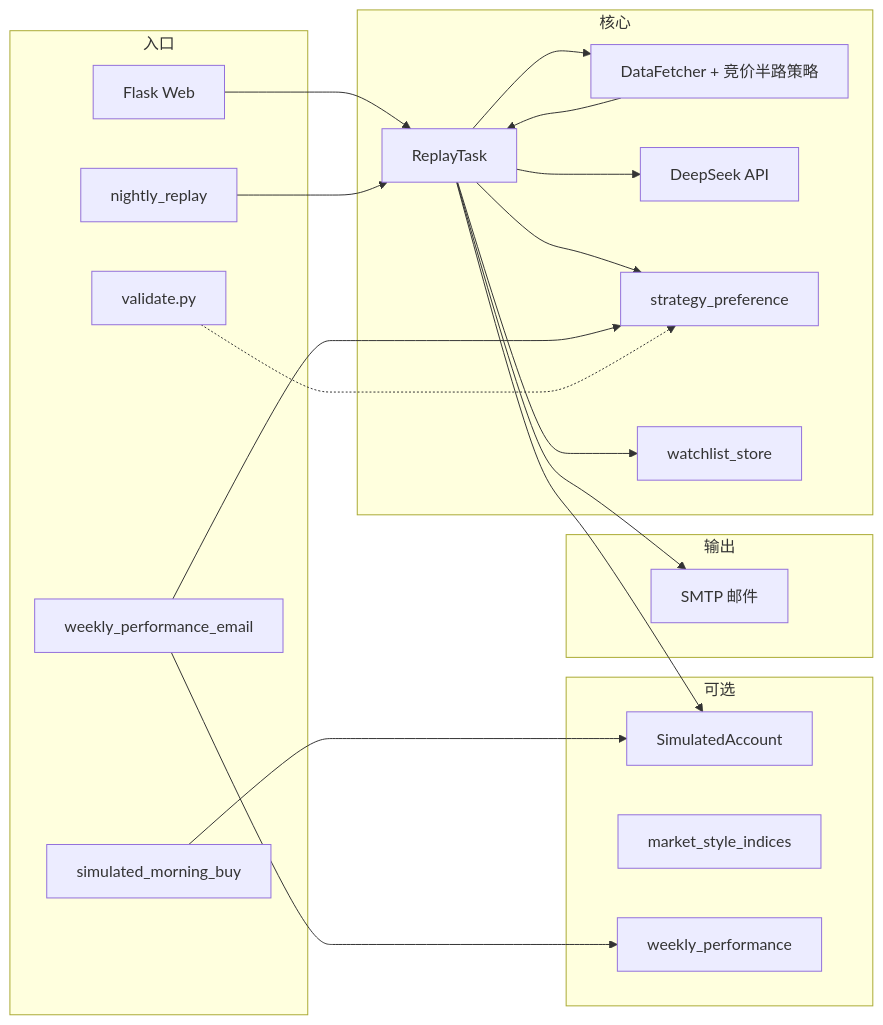
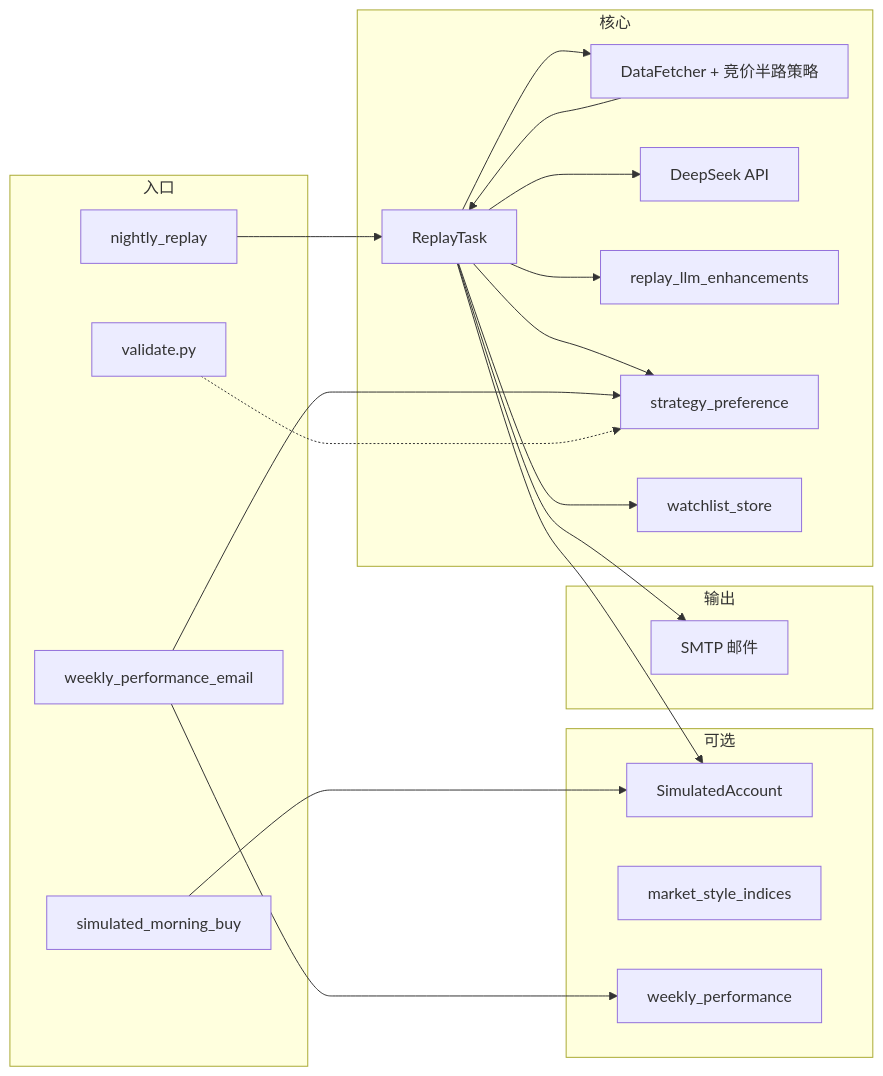
The diagram in ARCHITECTURE.md (doubiaaa/PythonProject1), drawn with Mermaid before and after one commit. The commit also changed other lines of this file and 23 other files, not shown here.

First line of the commit message:
DeepSeek replay enhancements, remove Web UI, script-only entry

````diff
--- a/ARCHITECTURE.md
+++ b/ARCHITECTURE.md
@@ -80,42 +80,42 @@
 ```mermaid
 flowchart LR
     subgraph in["入口"]
-        W[Flask Web]
         N[nightly_replay]
         P[weekly_performance_email]
         M[simulated_morning_buy]
         V[validate.py]
     end
 
     subgraph core["核心"]
         DF[DataFetcher + 竞价半路策略]
         RT[ReplayTask]
         DS[DeepSeek API]
+        ENH[replay_llm_enhancements]
         SP[strategy_preference]
         WL[watchlist_store]
     end
 
     subgraph opt["可选"]
         SIM[SimulatedAccount]
         MSI[market_style_indices]
         WP[weekly_performance]
     end
 
     subgraph out["输出"]
         EM[SMTP 邮件]
     end
 
-    W --> RT
     N --> RT
     RT --> DF
     DF --> RT
     RT --> DS
+    RT --> ENH
     RT --> WL
     RT --> SP
     RT --> SIM
     RT --> EM
     P --> WP
     P --> SP
     M --> SIM
     V -.-> SP
 ```
````
